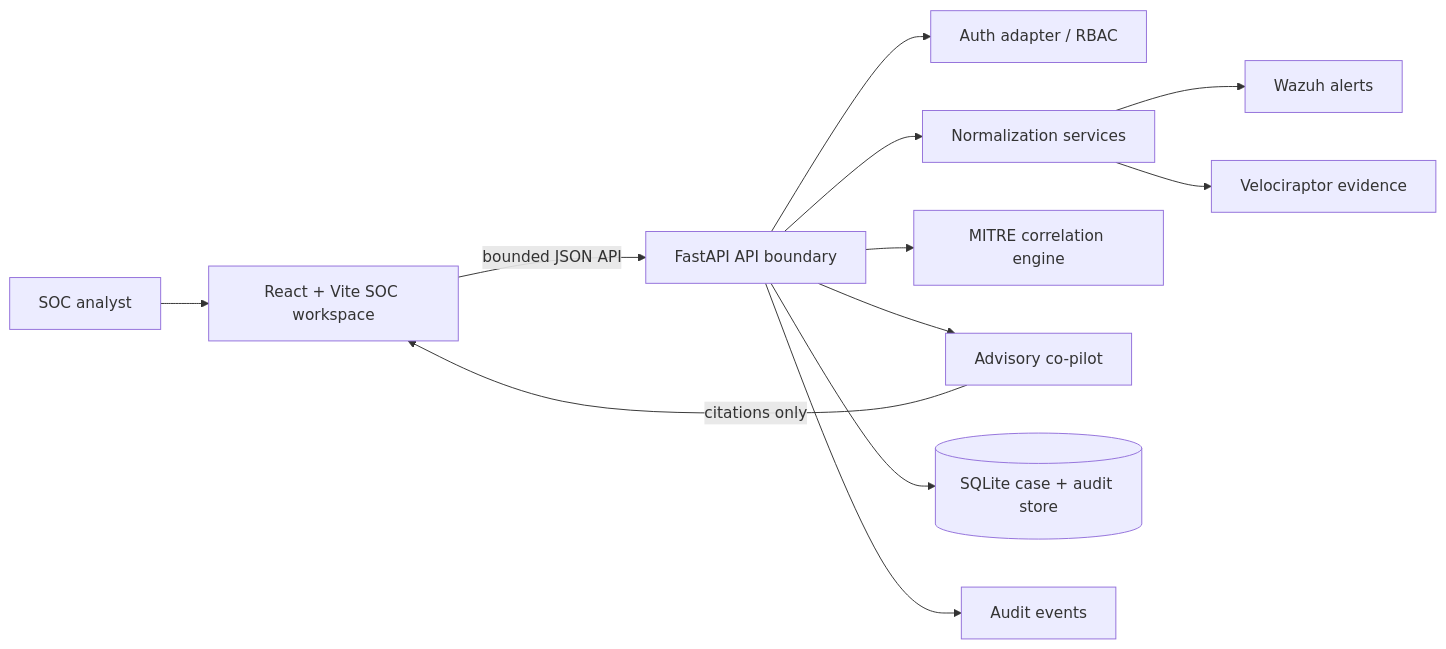
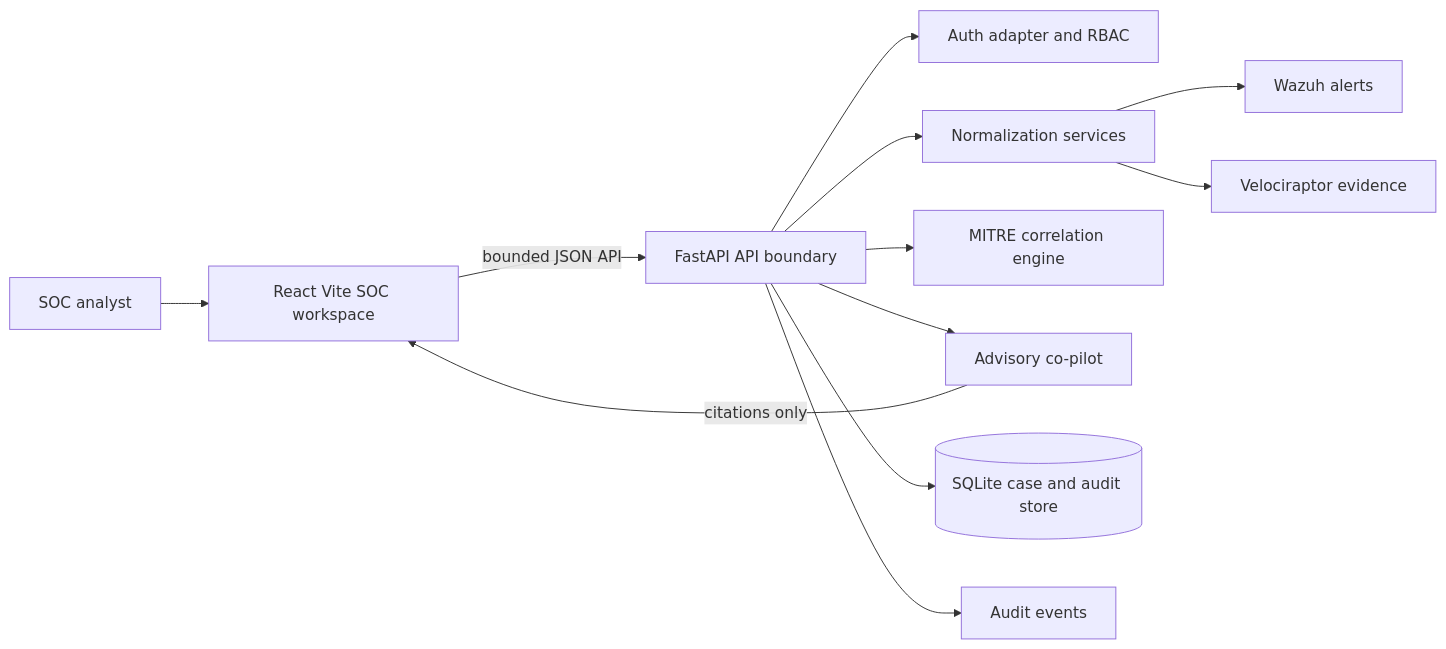
Before and after one commit to ahmad12583719/sentroxis-copilot: the first of 2 diagrams in README.md, drawn with Mermaid. The commit also changed other lines of this file, not shown here.

Commit message:
Fix GitHub Mermaid diagram compatibility

````diff
--- a/README.md
+++ b/README.md
@@ -9,14 +9,14 @@
 ```mermaid
 flowchart LR
-  Analyst[ SOC analyst ] --> UI[ React + Vite SOC workspace ]
-  UI -->|bounded JSON API| API[ FastAPI API boundary ]
-  API --> Auth[ Auth adapter / RBAC ]
-  API --> Norm[ Normalization services ]
-  Norm --> Wazuh[ Wazuh alerts ]
-  Norm --> Vel[ Velociraptor evidence ]
-  API --> MITRE[ MITRE correlation engine ]
-  API --> AI[ Advisory co-pilot ]
-  API --> DB[(SQLite case + audit store)]
-  AI -->|citations only| UI
-  API --> Audit[ Audit events ]
+  Analyst["SOC analyst"] --> UI["React Vite SOC workspace"]
+  UI -->|"bounded JSON API"| API["FastAPI API boundary"]
+  API --> Auth["Auth adapter and RBAC"]
+  API --> Norm["Normalization services"]
+  Norm --> Wazuh["Wazuh alerts"]
+  Norm --> Vel["Velociraptor evidence"]
+  API --> MITRE["MITRE correlation engine"]
+  API --> AI["Advisory co-pilot"]
+  API --> DB[("SQLite case and audit store")]
+  AI -->|"citations only"| UI
+  API --> Audit["Audit events"]
 ```
````
